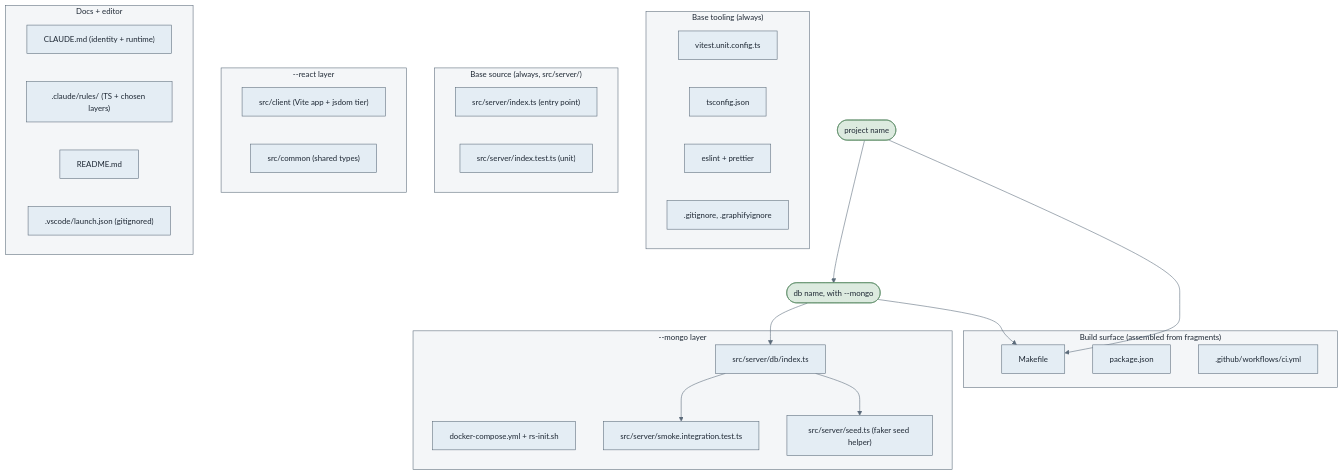
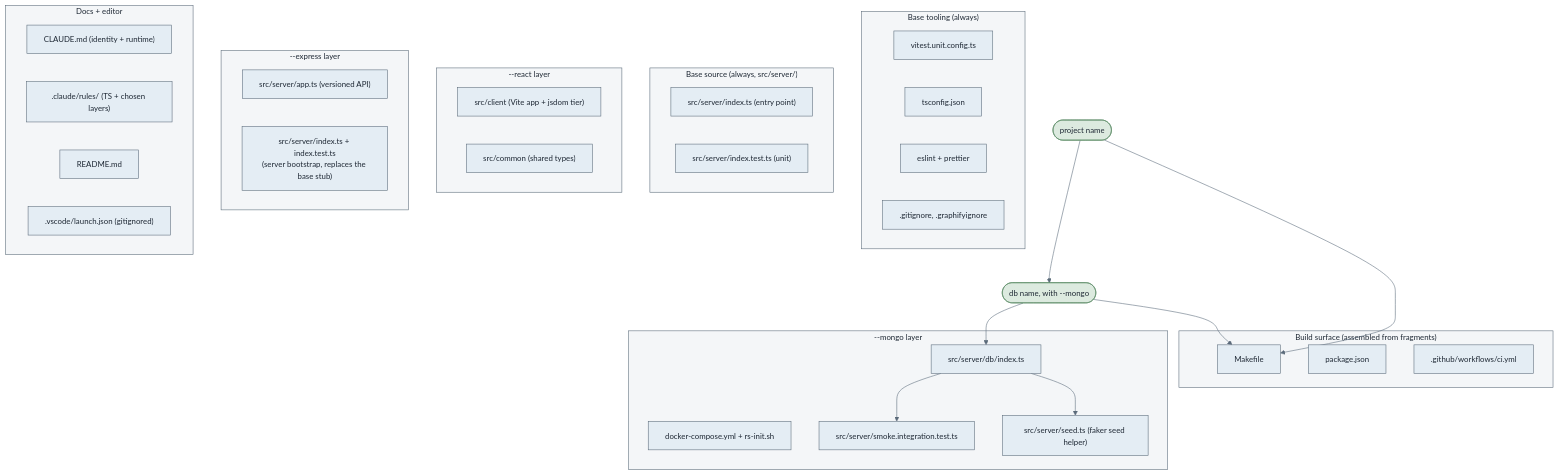
One commit to omerosaienni/agent-sdlc changed the third of 4 diagrams in docs/scripts.md. Above: the diagram before and after it, drawn with Mermaid. The commit also changed other lines of this file and 9 other files, not shown here.

Commit message:
Add an --express generator layer (#39)

````diff
--- a/docs/scripts.md
+++ b/docs/scripts.md
@@ -109,55 +113,60 @@
 ```mermaid
 %%{init: {'theme':'base','themeVariables':{'primaryColor':'#e4edf4','primaryTextColor':'#1d2733','primaryBorderColor':'#5b6b7a','lineColor':'#5b6b7a','fontSize':'14px'}}}%%
 flowchart TD
     name(["project name"]) --> dbname(["db name, with --mongo"])
     dbname --> dbts
     dbname --> makefile
     name --> makefile
 
     subgraph tooling["Base tooling (always)"]
         vitest["vitest.unit.config.ts"]
         tsconfig["tsconfig.json"]
         lint["eslint + prettier"]
         ignores[".gitignore, .graphifyignore"]
     end
 
     subgraph base["Base source (always, src/server/)"]
         index["src/server/index.ts (entry point)"]
         indextest["src/server/index.test.ts (unit)"]
     end
 
     subgraph mongolayer["--mongo layer"]
         dbts["src/server/db/index.ts"]
         compose["docker-compose.yml + rs-init.sh"]
         smoke["src/server/smoke.integration.test.ts"]
         seed["src/server/seed.ts (faker seed helper)"]
     end
 
     subgraph reactlayer["--react layer"]
         client["src/client (Vite app + jsdom tier)"]
         common["src/common (shared types)"]
     end
 
+    subgraph expresslayer["--express layer"]
+        app["src/server/app.ts (versioned API)"]
+        srvboot["src/server/index.ts + index.test.ts<br/>(server bootstrap, replaces the base stub)"]
+    end
+
     subgraph build["Build surface (assembled from fragments)"]
         makefile["Makefile"]
         pkg["package.json"]
         ci[".github/workflows/ci.yml"]
     end
 
     subgraph docs["Docs + editor"]
         claude["CLAUDE.md (identity + runtime)"]
         rules[".claude/rules/ (TS + chosen layers)"]
         readme["README.md"]
         vscode[".vscode/launch.json (gitignored)"]
     end
 
     dbts --> smoke
     dbts --> seed
 
     classDef param fill:#dceadf,stroke:#5a8a66,color:#1d2733;
     classDef node fill:#e4edf4,stroke:#5b6b7a,color:#1d2733;
     classDef group fill:#f4f6f8,stroke:#5b6b7a,color:#1d2733;
     class name,dbname param;
-    class vitest,tsconfig,lint,ignores,index,indextest,dbts,compose,smoke,seed,client,common,makefile,pkg,ci,claude,rules,readme,vscode node;
-    class tooling,base,mongolayer,reactlayer,build,docs group;
+    class vitest,tsconfig,lint,ignores,index,indextest,dbts,compose,smoke,seed,client,common,app,srvboot,ci,makefile,pkg,claude,rules,readme,vscode node;
+    class tooling,base,mongolayer,reactlayer,expresslayer,build,docs group;
 ```
````
